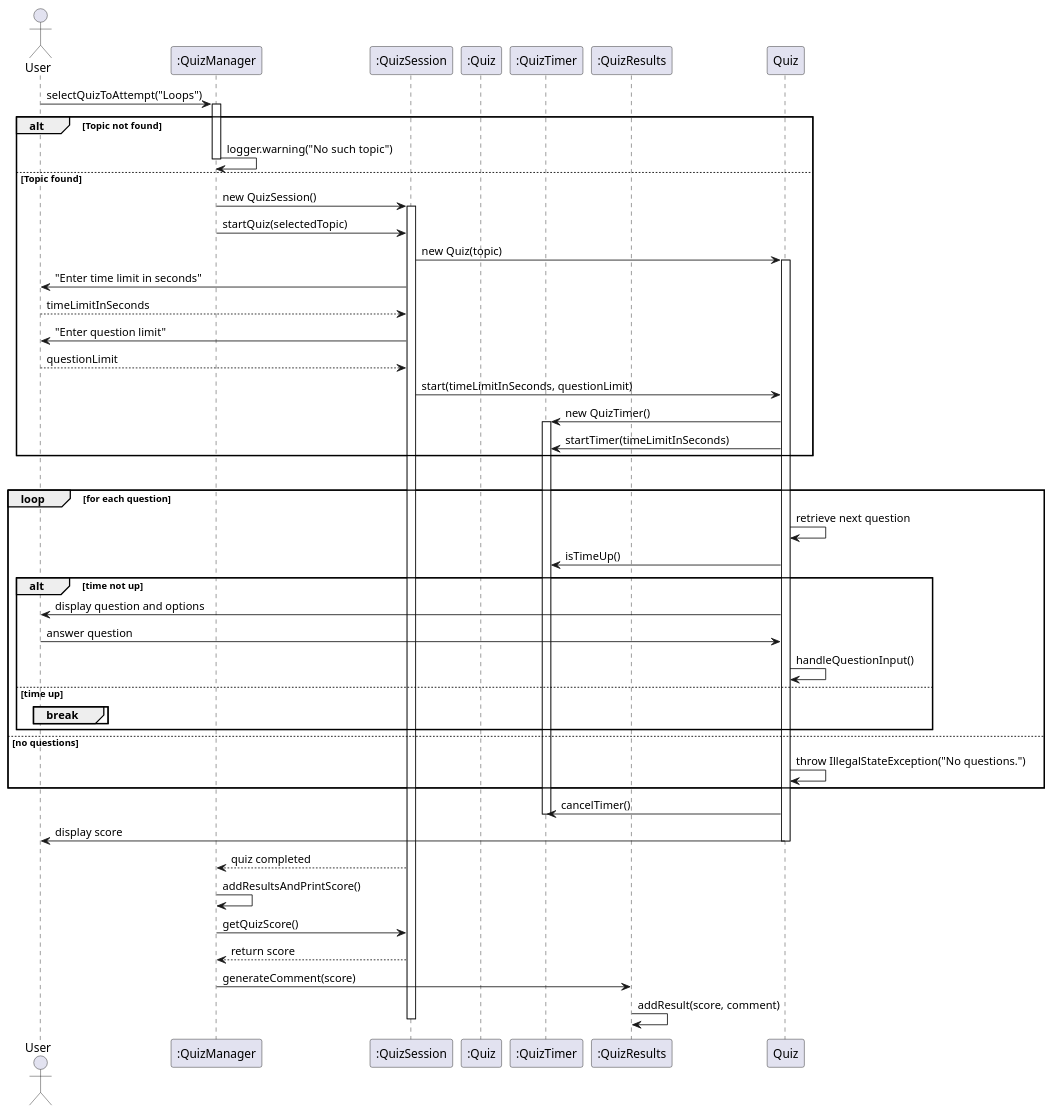
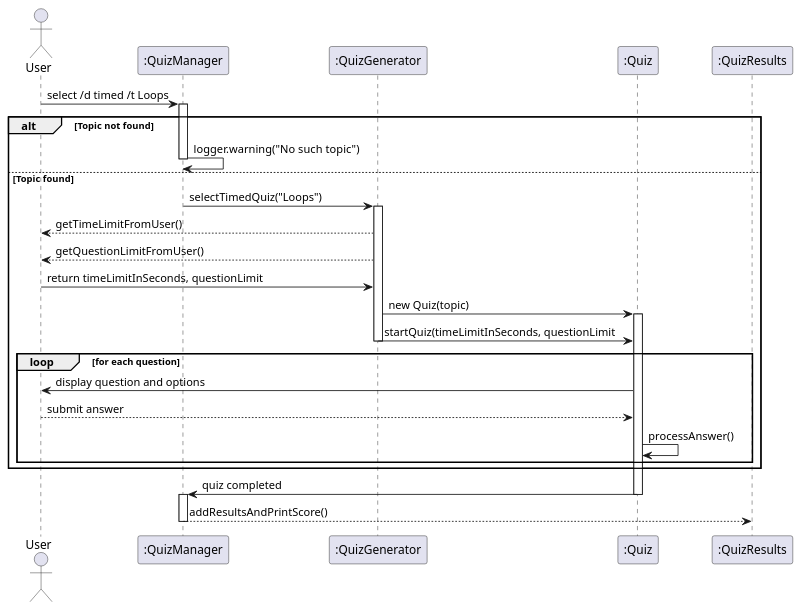
One commit to nus-cs2113-AY2425S1/tp changed the diagram in docs/UML/puml-files/QuizManager/QuizManagerSequenceDiagram.puml. Above: the diagram before and after it, drawn with PlantUML. The commit also changed 23 other files, not shown here.

```diff
--- a/docs/UML/puml-files/QuizManager/QuizManagerSequenceDiagram.puml
+++ b/docs/UML/puml-files/QuizManager/QuizManagerSequenceDiagram.puml
@@ -1,69 +1,43 @@
 @startuml
 
 actor User
 
 participant ":QuizManager" as QM
-participant ":QuizSession" as QS
-participant ":Quiz"
-participant ":QuizTimer" as QT
+participant ":QuizGenerator" as QG
+participant ":Quiz" as Quiz
 participant ":QuizResults" as QR
 
-User -> QM : selectQuizToAttempt("Loops")
+User -> QM : select /d timed /t Loops
 activate QM
 
 alt Topic not found
     QM -> QM : logger.warning("No such topic")
     deactivate QM
 else Topic found
-    QM -> QS : new QuizSession()
-    activate QS
-    QM -> QS : startQuiz(selectedTopic)
+    QM -> QG : selectTimedQuiz("Loops")
+    activate QG
 
-    QS -> Quiz : new Quiz(topic)
+    QG --> User : getTimeLimitFromUser()
+    QG --> User : getQuestionLimitFromUser()
+    User -> QG : return timeLimitInSeconds, questionLimit
+    QG -> Quiz : new Quiz(topic)
     activate Quiz
+    QG -> Quiz : startQuiz(timeLimitInSeconds, questionLimit
+    deactivate QG
 
-    QS -> User : "Enter time limit in seconds"
-    User --> QS : timeLimitInSeconds
-
-    QS -> User : "Enter question limit"
-    User --> QS : questionLimit
-
-    QS -> Quiz : start(timeLimitInSeconds, questionLimit)
-
-    Quiz -> QT : new QuizTimer()
-    activate QT
-    Quiz -> QT : startTimer(timeLimitInSeconds)
+    loop for each question
+        Quiz -> User : display question and options
+        User --> Quiz : submit answer
+        Quiz -> Quiz : processAnswer()
+    end
 end
 
-alt questions available
-    loop for each question
-        Quiz -> Quiz : retrieve next question
-        Quiz -> QT : isTimeUp()
-        alt time not up
-            Quiz -> User : display question and options
-            User -> Quiz : answer question
-            Quiz -> Quiz : handleQuestionInput()
-        else time up
-            break
-        end
-    end
-else no questions
-    Quiz -> Quiz : throw IllegalStateException("No questions.")
-end
 
-Quiz -> QT : cancelTimer()
-deactivate QT
-Quiz -> User : display score
+Quiz -> QM : quiz completed
 deactivate Quiz
-
-QS --> QM : quiz completed
-QM -> QM : addResultsAndPrintScore()
-QM -> QS : getQuizScore()
-QS --> QM : return score
-QM -> QR : generateComment(score)
-QR -> QR : addResult(score, comment)
-deactivate QS
-
+activate QM
+deactivate Quiz
+QM --> QR : addResultsAndPrintScore()
 deactivate QM
 
 @enduml
```
